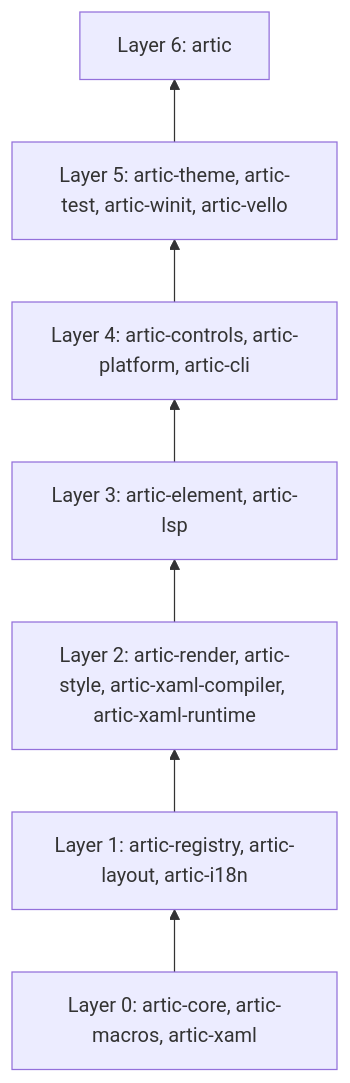
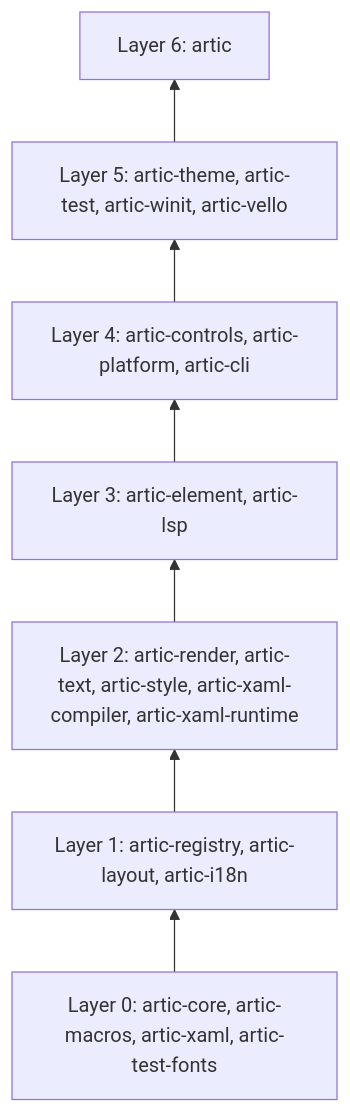
The first of 3 diagrams in docs/spec/technical_spec.md (wolfware-labs/Artic), drawn with Mermaid before and after one commit. The commit also changed other lines of this file and 7 other files, not shown here.

First line of the commit message:
docs(design): text shaping and fonts (#37) (#296)

````diff
--- a/docs/spec/technical_spec.md
+++ b/docs/spec/technical_spec.md
@@ -51,11 +51,11 @@
 ```mermaid
 flowchart BT
-  L0["Layer 0: artic-core, artic-macros, artic-xaml"]
+  L0["Layer 0: artic-core, artic-macros, artic-xaml, artic-test-fonts"]
   L1["Layer 1: artic-registry, artic-layout, artic-i18n"]
-  L2["Layer 2: artic-render, artic-style, artic-xaml-compiler, artic-xaml-runtime"]
+  L2["Layer 2: artic-render, artic-text, artic-style, artic-xaml-compiler, artic-xaml-runtime"]
   L3["Layer 3: artic-element, artic-lsp"]
   L4["Layer 4: artic-controls, artic-platform, artic-cli"]
   L5["Layer 5: artic-theme, artic-test, artic-winit, artic-vello"]
   L6["Layer 6: artic"]
   L0 --> L1 --> L2 --> L3 --> L4 --> L5 --> L6
 ```
````
